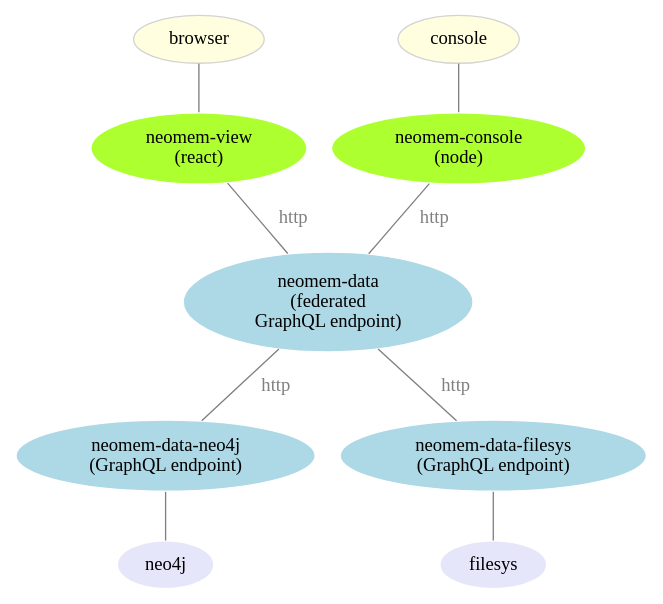
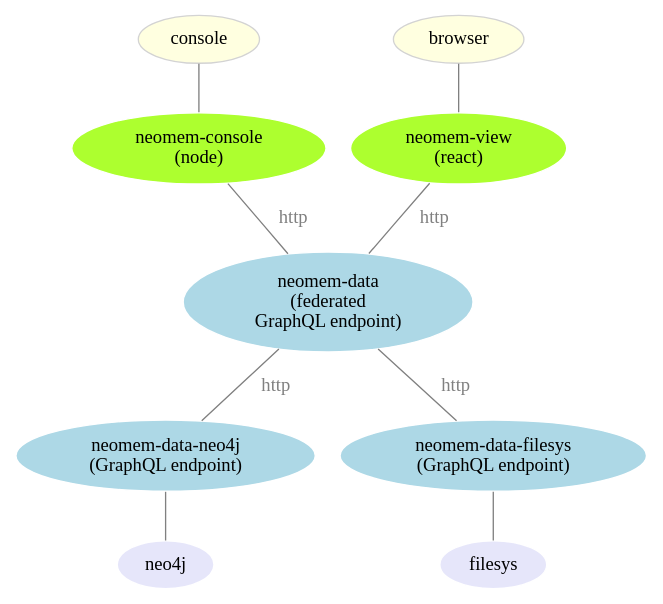
Before and after one commit to bburns/neomem: the diagram in docs/architecture2020-12.dot, drawn with Graphviz. The commit also changed other lines of this file and 6 other files, not shown here.

```diff
--- a/docs/architecture2020-12.dot
+++ b/docs/architecture2020-12.dot
@@ -1,28 +1,28 @@
 graph "neomem" {
 
   // styles
   // rankdir=LR; // left-to-right
   node [ color=white; fillcolor=lightblue; style=filled ]; // default
   edge [ color=gray, fontcolor=gray ]; // default
 
   // nodes
+  console [ fillcolor=lightyellow; color=lightgray ];
   browser [ fillcolor=lightyellow; color=lightgray ];
-  console [ fillcolor=lightyellow; color=lightgray ];
   neomemView [ label="neomem-view\n(react)"; fillcolor=greenyellow ];
   neomemConsole [label="neomem-console\n(node)"; fillcolor=greenyellow ];
   neomemData [label="neomem-data\n(federated\nGraphQL endpoint)"];
   neomemDataNeo4j [label="neomem-data-neo4j\n(GraphQL endpoint)"];
   neomemDataFilesys [label="neomem-data-filesys\n(GraphQL endpoint)"];
   neo4j [ fillcolor=lavender ];
   filesys [ fillcolor=lavender ];
 
   // edges
   browser -- neomemView;
   console -- neomemConsole;
   neomemView -- neomemData [ label="  http" ];
   neomemConsole -- neomemData [ label="  http" ];
   neomemData -- neomemDataNeo4j [ label="  http" ];
   neomemData -- neomemDataFilesys [  label="  http" ];
   neomemDataNeo4j -- neo4j;
   neomemDataFilesys -- filesys;
 }
```
